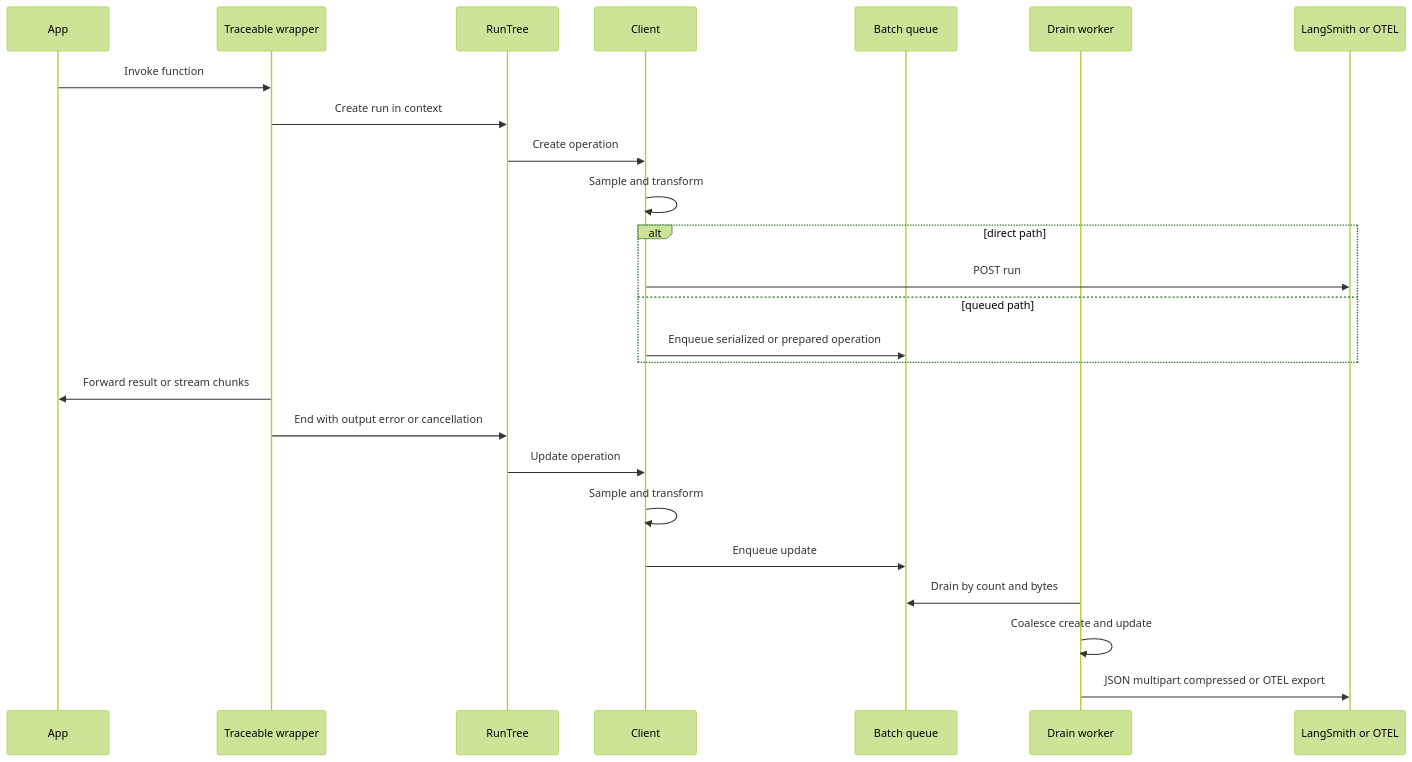
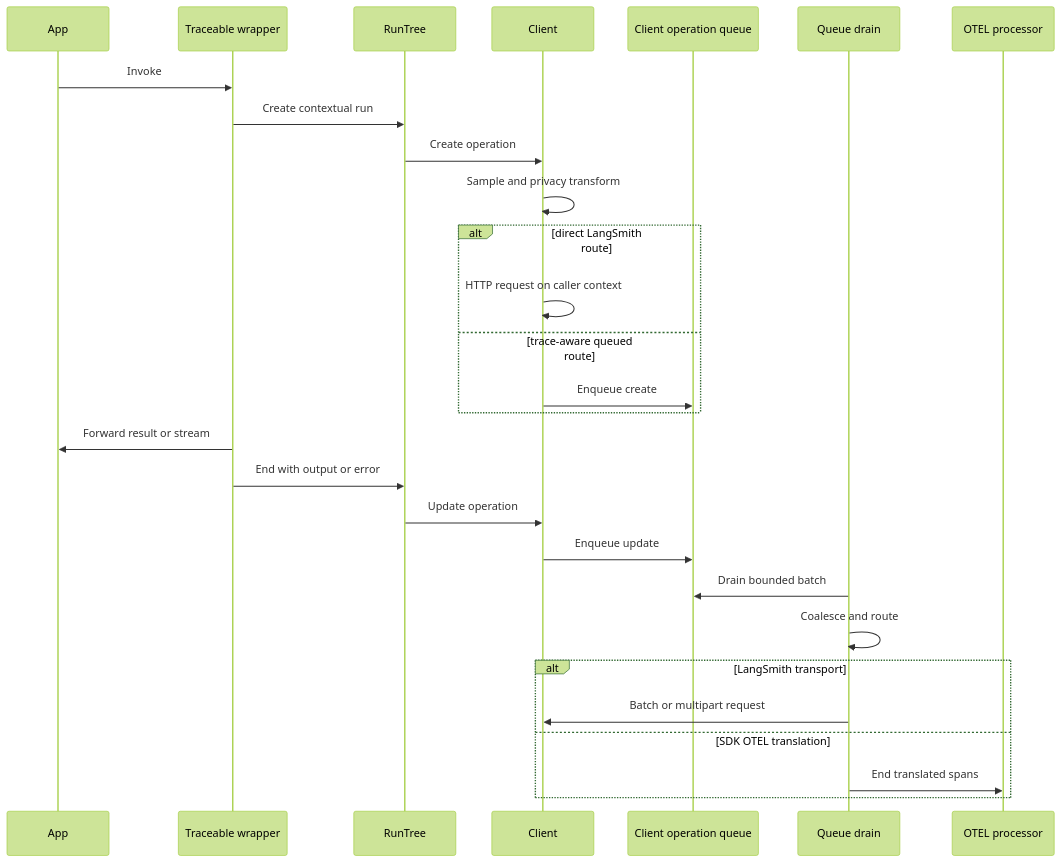
Before and after one commit to langchain-ai/langsmith-sdk: the second of 2 diagrams in openwiki/workflows/trace-capture-and-ingestion.md, drawn with Mermaid (forest theme). The commit also changed other lines of this file and 9 other files, not shown here.

````diff
--- a/openwiki/workflows/trace-capture-and-ingestion.md
+++ b/openwiki/workflows/trace-capture-and-ingestion.md
@@ -55,28 +129,31 @@
 ```mermaid
 sequenceDiagram
     participant App
     participant Wrap as Traceable wrapper
     participant Tree as RunTree
     participant Client
-    participant Queue as Batch queue
-    participant Worker as Drain worker
-    participant Sink as LangSmith or OTEL
+    participant Queue as Client operation queue
+    participant Drain as Queue drain
+    participant OProc as OTEL processor
 
-    App->>Wrap: Invoke function
-    Wrap->>Tree: Create run in context
+    App->>Wrap: Invoke
+    Wrap->>Tree: Create contextual run
     Tree->>Client: Create operation
-    Client->>Client: Sample and transform
-    alt direct path
-        Client->>Sink: POST run
-    else queued path
-        Client->>Queue: Enqueue serialized or prepared operation
+    Client->>Client: Sample and privacy transform
+    alt direct LangSmith route
+        Client->>Client: HTTP request on caller context
+    else trace-aware queued route
+        Client->>Queue: Enqueue create
     end
-    Wrap->>App: Forward result or stream chunks
-    Wrap->>Tree: End with output error or cancellation
+    Wrap->>App: Forward result or stream
+    Wrap->>Tree: End with output or error
     Tree->>Client: Update operation
-    Client->>Client: Sample and transform
     Client->>Queue: Enqueue update
-    Worker->>Queue: Drain by count and bytes
-    Worker->>Worker: Coalesce create and update
-    Worker->>Sink: JSON multipart compressed or OTEL export
+    Drain->>Queue: Drain bounded batch
+    Drain->>Drain: Coalesce and route
+    alt LangSmith transport
+        Drain->>Client: Batch or multipart request
+    else SDK OTEL translation
+        Drain->>OProc: End translated spans
+    end
 ```
````
